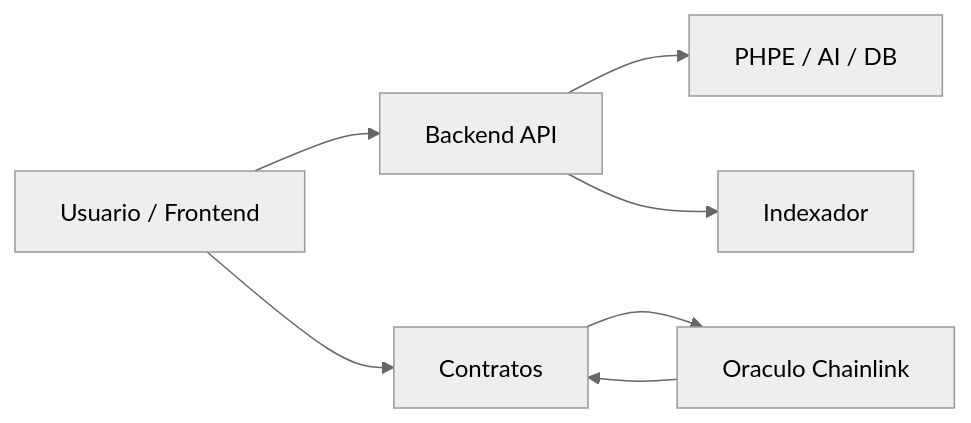
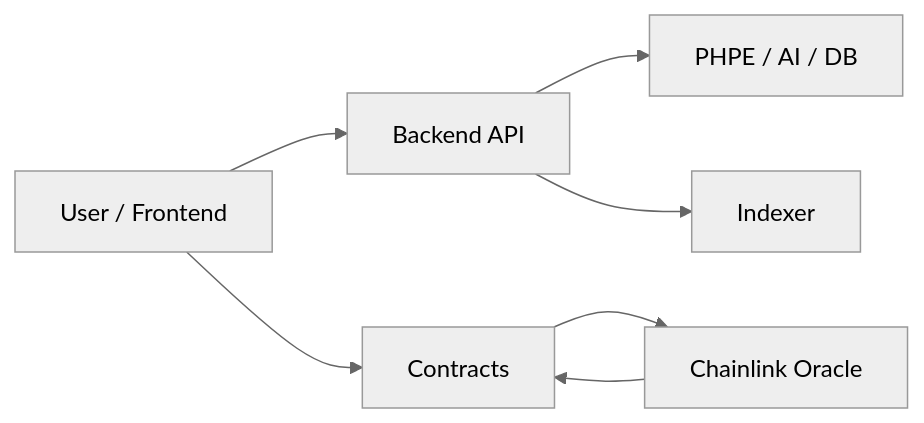
One commit to Quantumquirkz/PraesagiumChain changed the first of 5 diagrams in docs/architecture-and-design.md. Above: the diagram before and after it, drawn with Mermaid (neutral theme). The commit also changed other lines of this file and 5 other files, not shown here.

````diff
--- a/docs/architecture-and-design.md
+++ b/docs/architecture-and-design.md
@@ -16,9 +16,9 @@
 ```mermaid
 flowchart LR
-    A[Usuario / Frontend] --> B[Backend API]
-    A --> C[Contratos]
+    A[User / Frontend] --> B[Backend API]
+    A --> C[Contracts]
     B --> D[PHPE / AI / DB]
-    B --> E[Indexador]
-    C --> F[Oraculo Chainlink]
+    B --> E[Indexer]
+    C --> F[Chainlink Oracle]
     F --> C
 ```
````
